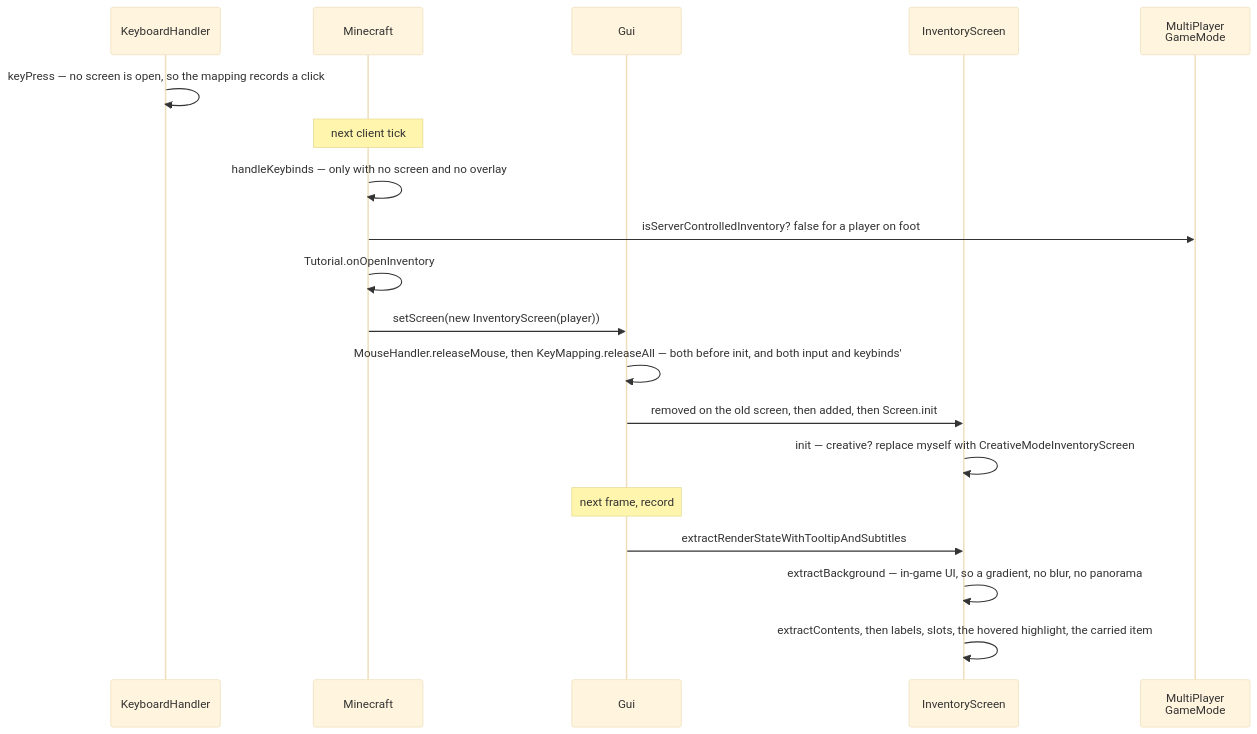
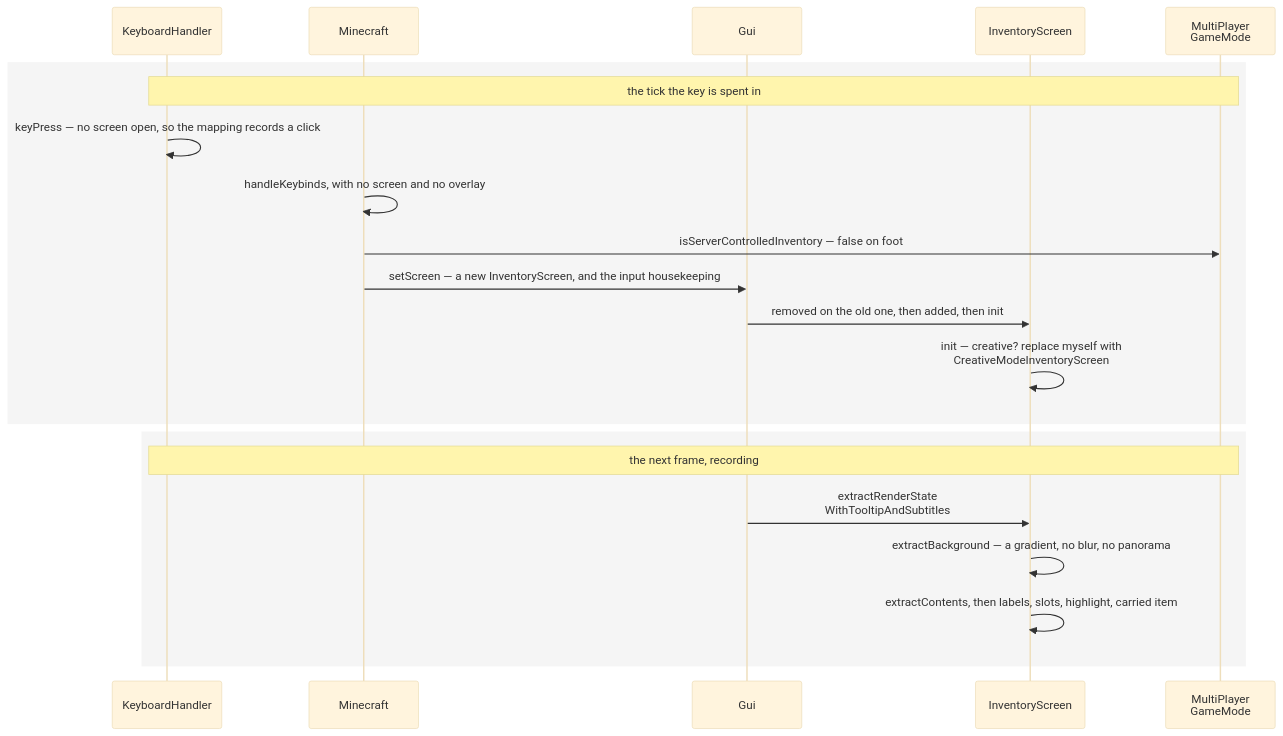
The second of 2 diagrams in src/systems/client/gui-and-screens.md (AlexanderjFraser/MinecraftDocs), drawn with Mermaid (base theme) before and after one commit. The commit also changed other lines of this file and 18 other files, not shown here.

````diff
--- a/src/systems/client/gui-and-screens.md
+++ b/src/systems/client/gui-and-screens.md
@@ -159,22 +166,24 @@
 ```mermaid
 sequenceDiagram
     participant KH as KeyboardHandler
     participant MC as Minecraft
     participant Gui as Gui
     participant InvS as InventoryScreen
     participant MPGM as MultiPlayer<br/>GameMode
 
-    KH->>KH: keyPress — no screen is open, so the mapping records a click
-    Note over MC: next client tick
-    MC->>MC: handleKeybinds — only with no screen and no overlay
-    MC->>MPGM: isServerControlledInventory? false for a player on foot
-    MC->>MC: Tutorial.onOpenInventory
-    MC->>Gui: setScreen(new InventoryScreen(player))
-    Gui->>Gui: MouseHandler.releaseMouse, then KeyMapping.releaseAll — both before init, and both input and keybinds'
-    Gui->>InvS: removed on the old screen, then added, then Screen.init
-    InvS->>InvS: init — creative? replace myself with CreativeModeInventoryScreen
-    Note over Gui: next frame, record
-    Gui->>InvS: extractRenderStateWithTooltipAndSubtitles
-    InvS->>InvS: extractBackground — in-game UI, so a gradient, no blur, no panorama
-    InvS->>InvS: extractContents, then labels, slots, the hovered highlight, the carried item
+    rect rgba(0, 0, 0, 0.04)
+    Note over KH,MPGM: the tick the key is spent in
+    KH->>KH: keyPress — no screen open, so the mapping records a click
+    MC->>MC: handleKeybinds, with no screen and no overlay
+    MC->>MPGM: isServerControlledInventory — false on foot
+    MC->>Gui: setScreen — a new InventoryScreen, and the input housekeeping
+    Gui->>InvS: removed on the old one, then added, then init
+    InvS->>InvS: init — creative? replace myself with<br/>CreativeModeInventoryScreen
+    end
+    rect rgba(0, 0, 0, 0.04)
+    Note over KH,MPGM: the next frame, recording
+    Gui->>InvS: extractRenderState<br/>WithTooltipAndSubtitles
+    InvS->>InvS: extractBackground — a gradient, no blur, no panorama
+    InvS->>InvS: extractContents, then labels, slots, highlight, carried item
+    end
 ```
````
